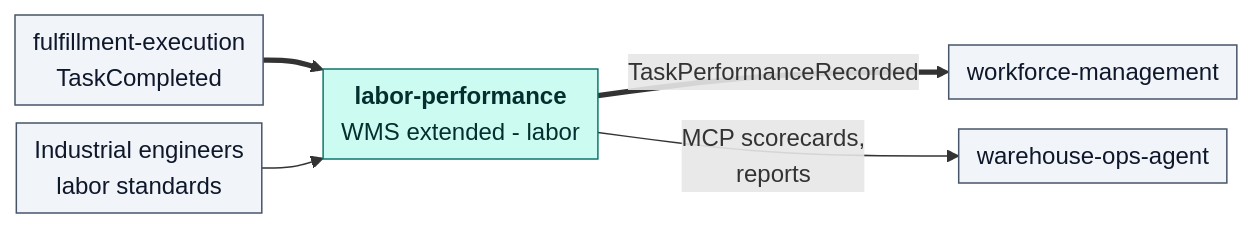
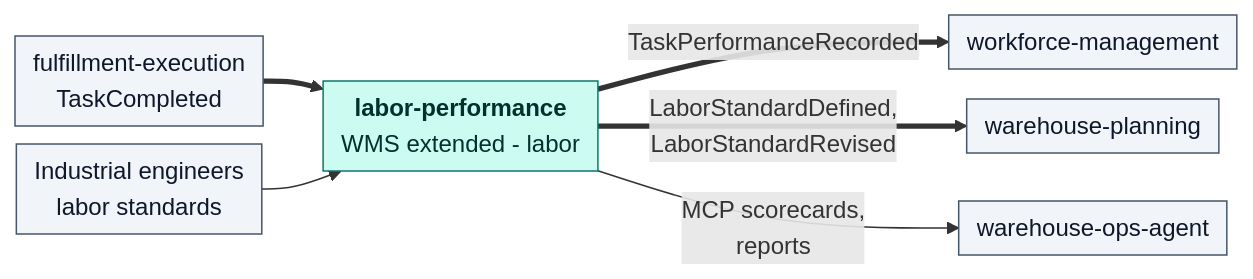
The sixth of 11 diagrams in docs/wms-wes/wes-tier.md (IQVO/warehouse-docs), drawn with Mermaid before and after one commit. The commit also changed other lines of this file and 6 other files, not shown here.

````diff
--- a/docs/wms-wes/wes-tier.md
+++ b/docs/wms-wes/wes-tier.md
@@ -274,14 +288,15 @@
 ```mermaid
 %%{init: {"flowchart": {"nodeSpacing": 12, "rankSpacing": 40, "padding": 6}}}%%
 flowchart LR
     IN1["fulfillment-execution<br/>TaskCompleted"] ==> LP
     IN2["Industrial engineers<br/>labor standards"] --> LP
     LP["<b>labor-performance</b><br/>WMS extended - labor"]
     LP ==>|"TaskPerformanceRecorded"| OUT1["workforce-management"]
+    LP ==>|"LaborStandardDefined,<br/>LaborStandardRevised"| OUT3["warehouse-planning"]
     LP -->|"MCP scorecards,<br/>reports"| OUT2["warehouse-ops-agent"]
 
     classDef wms fill:#ccfbf1,stroke:#0f766e,color:#042f2e
     classDef other fill:#f1f5f9,stroke:#475569,color:#0f172a
     class LP wms
-    class IN1,IN2,OUT1,OUT2 other
+    class IN1,IN2,OUT1,OUT2,OUT3 other
 ```
````
